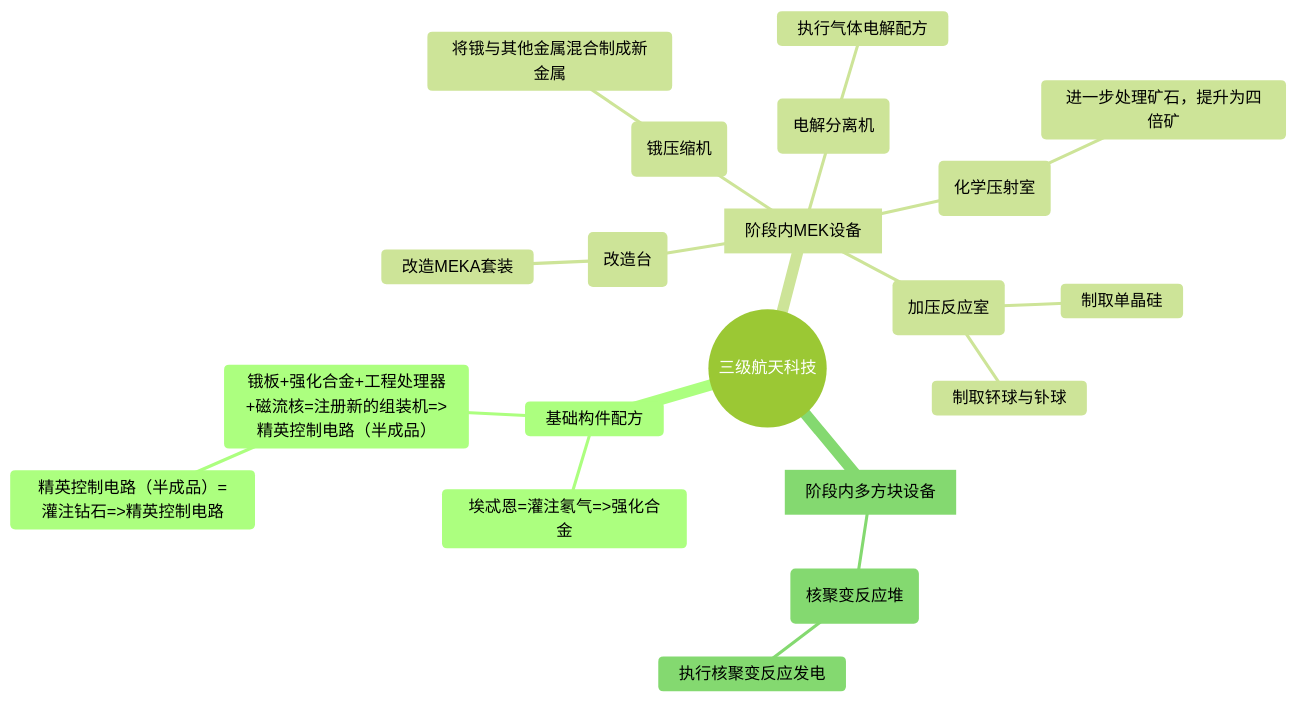
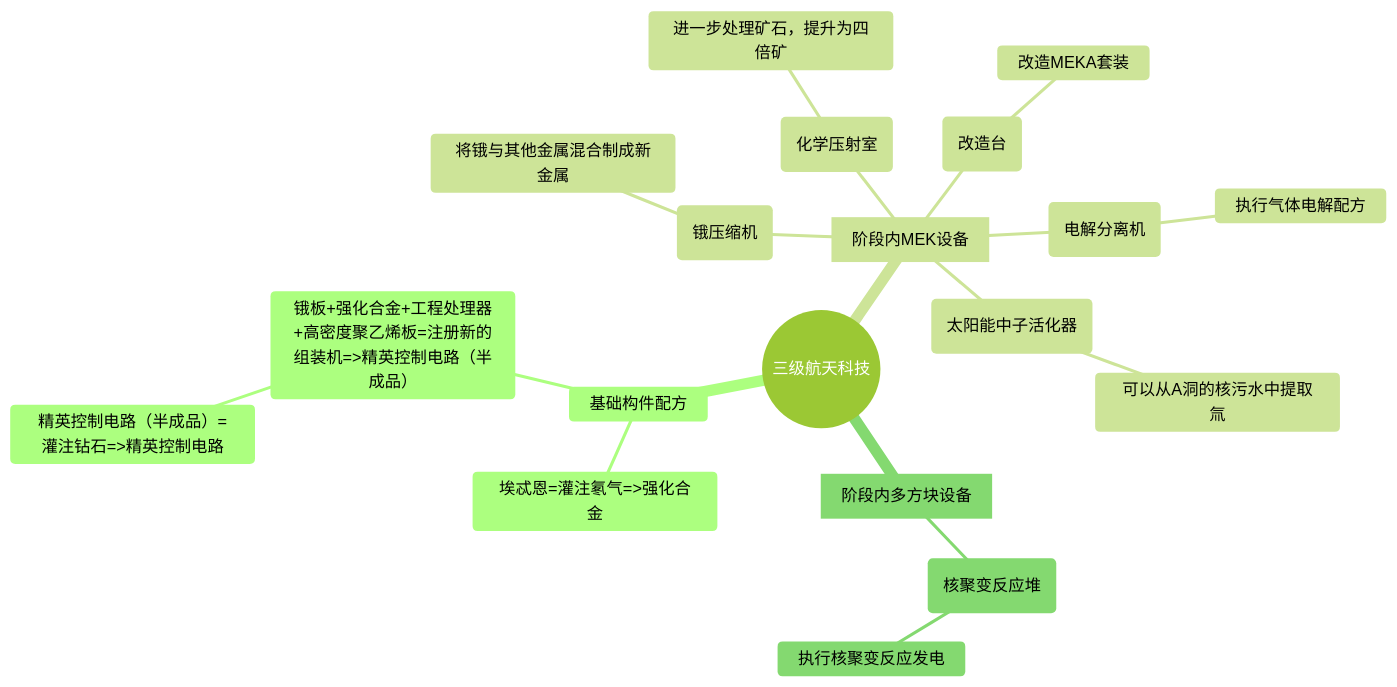
One commit to VechniMetel/CodeNameCIM2 changed the third of 4 diagrams in Developer/TechTreeMap.md. Above: the diagram before and after it, drawn with Mermaid (forest theme). The commit also changed 3 other files, not shown here.

````diff
--- a/Developer/TechTreeMap.md
+++ b/Developer/TechTreeMap.md
@@ -83,23 +83,22 @@
 ``` mermaid
 mindmap
     root((三级航天科技))
         基础构件配方
             埃忒恩=灌注氡气=>强化合金
-            锇板+强化合金+工程处理器+磁流核=注册新的组装机=>精英控制电路（半成品）
+            锇板+强化合金+工程处理器+高密度聚乙烯板=注册新的组装机=>精英控制电路（半成品）
                 精英控制电路（半成品）=灌注钻石=>精英控制电路
         [阶段内MEK设备]
             (锇压缩机)
                 将锇与其他金属混合制成新金属
             (化学压射室)
                 进一步处理矿石，提升为四倍矿
             (电解分离机)
                 执行气体电解配方
-            (加压反应室)
-                制取钚球与钋球
-                制取单晶硅
+            (太阳能中子活化器)
+                可以从A洞的核污水中提取氚
             (改造台)
                 改造MEKA套装
         [阶段内多方块设备]
             (核聚变反应堆)
                 执行核聚变反应发电
 ```
````
